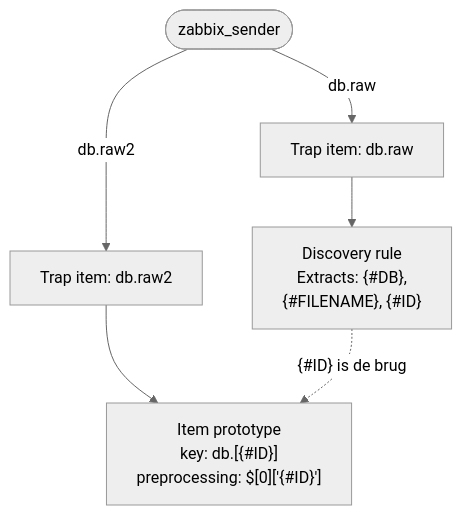
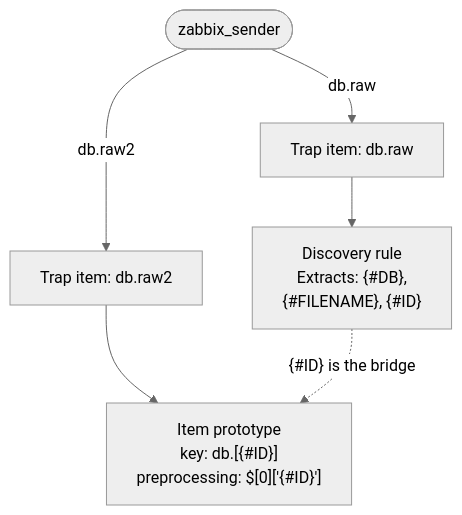
One commit to penmasters/zabbix-book changed the second of 2 diagrams in docs/ch15-zabbix-real-world-examples/filter-lld-without-jsonpath.md. Above: the diagram before and after it, drawn with Mermaid (neutral theme). The commit also changed other lines of this file, not shown here.

````diff
--- a/docs/ch15-zabbix-real-world-examples/filter-lld-without-jsonpath.md
+++ b/docs/ch15-zabbix-real-world-examples/filter-lld-without-jsonpath.md
@@ -94,12 +93,12 @@
 ```mermaid
 flowchart TD
     A([zabbix_sender]) -->|db.raw| B[Trap item: db.raw]
     A -->|db.raw2| E[Trap item: db.raw2]
     B --> C["Discovery rule
     Extracts: #123;#DB#125;,
     #123;#FILENAME#125;, #123;#ID#125;"]
     E --> D["Item prototype
     key: db.[#123;#ID#125;]
     preprocessing: $[0]['#123;#ID#125;']"]
-    C -. "#123;#ID#125; is de brug" .-> D
+    C -. "#123;#ID#125; is the bridge" .-> D
 ```
````
